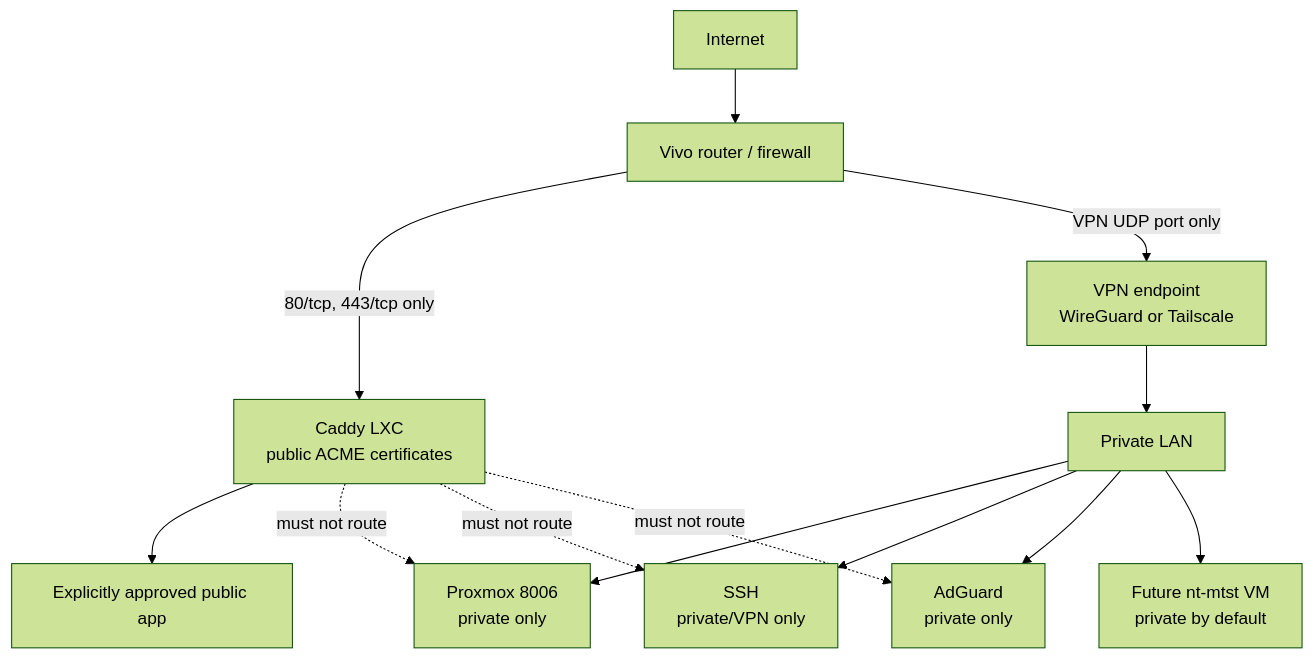
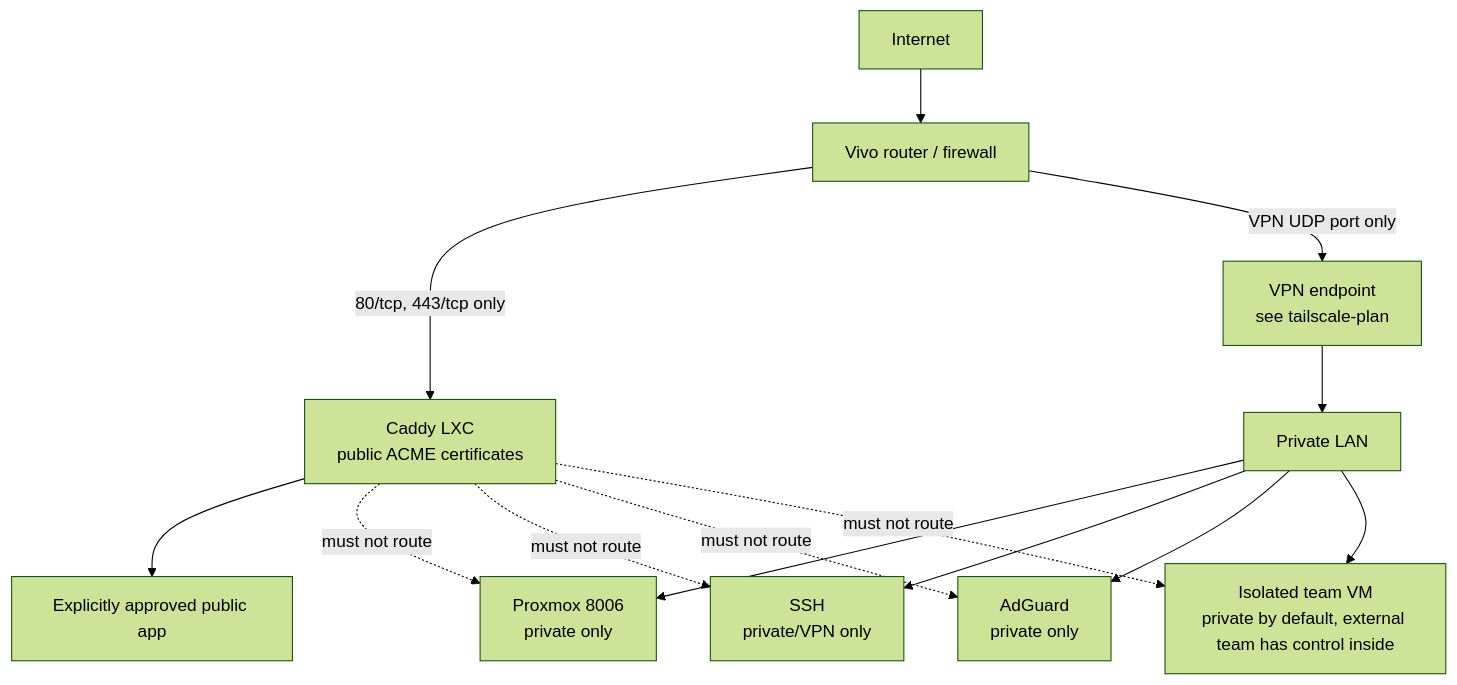
Before and after one commit to lucasalencar/proxmox-scripts: the diagram in docs/internet-exposure-plan.md, drawn with Mermaid (forest theme). The commit also changed other lines of this file, not shown here.

First line of the commit message:
docs(internet-exposure-plan): compact, generalize team VM, drop MTST and runner details

````diff
--- a/docs/internet-exposure-plan.md
+++ b/docs/internet-exposure-plan.md
@@ -50,15 +27,16 @@
 ```mermaid
 flowchart TB
     INTERNET[Internet] --> ROUTER[Vivo router / firewall]
     ROUTER -->|80/tcp, 443/tcp only| CADDY[Caddy LXC<br/>public ACME certificates]
-    ROUTER -->|VPN UDP port only| VPN[VPN endpoint<br/>WireGuard or Tailscale]
+    ROUTER -->|VPN UDP port only| VPN[VPN endpoint<br/>see tailscale-plan]
     VPN --> PRIVATE[Private LAN]
     CADDY --> PUBLICAPP[Explicitly approved public app]
     PRIVATE --> PROXMOX[Proxmox 8006<br/>private only]
     PRIVATE --> SSH[SSH<br/>private/VPN only]
     PRIVATE --> ADGUARD[AdGuard<br/>private only]
-    PRIVATE --> NTMTST[Future nt-mtst VM<br/>private by default]
+    PRIVATE --> TEAMVM[Isolated team VM<br/>private by default, external team has control inside]
     CADDY -.->|must not route| PROXMOX
     CADDY -.->|must not route| SSH
     CADDY -.->|must not route| ADGUARD
+    CADDY -.->|must not route| TEAMVM
 ```
````
